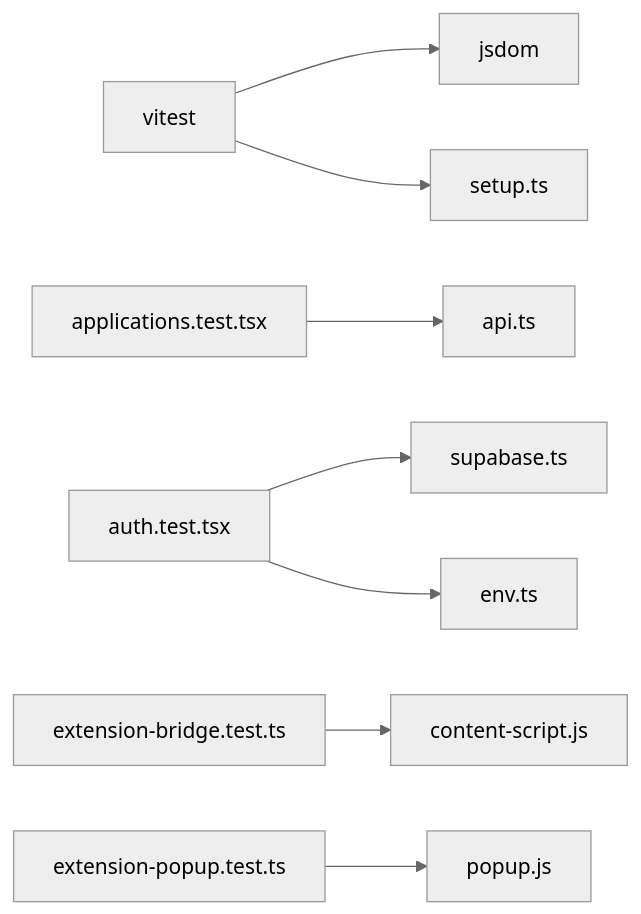
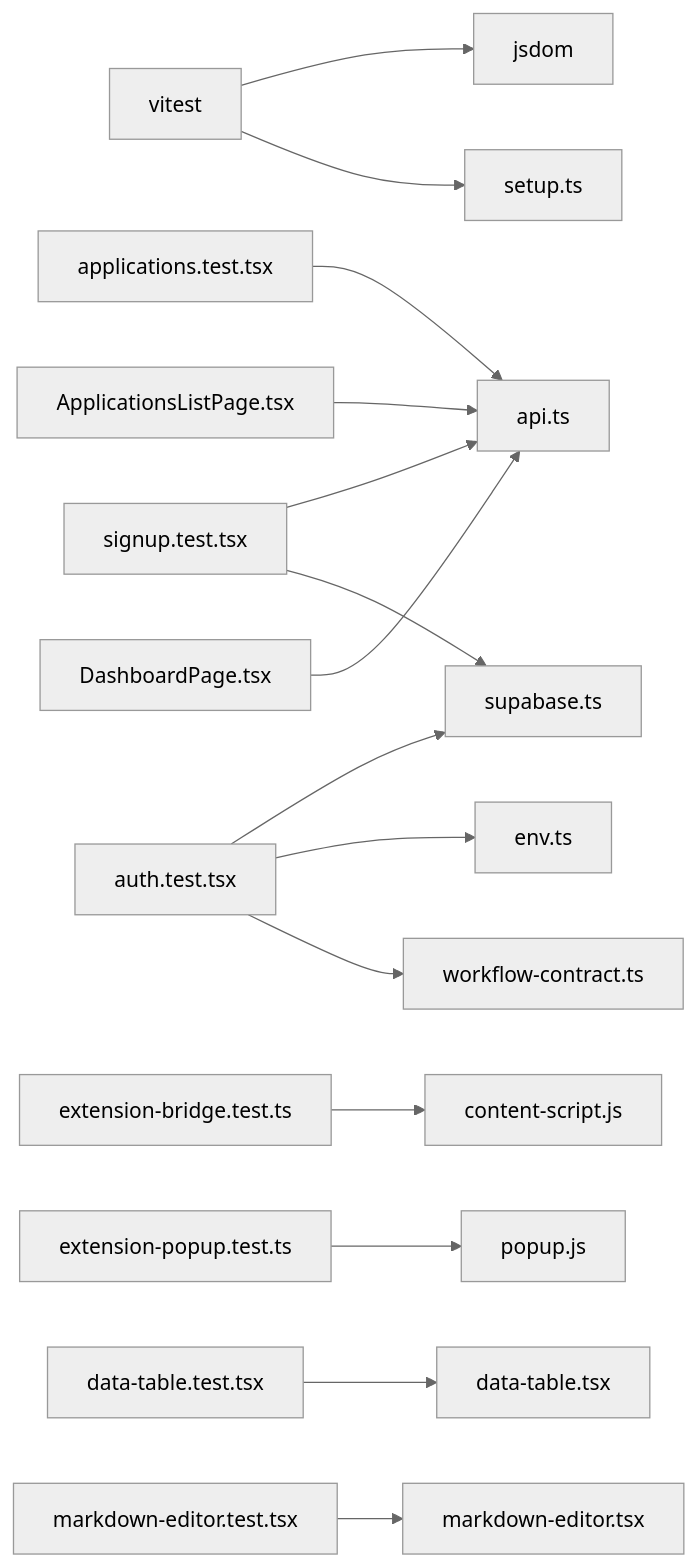
Before and after one commit to sankaL/resume-app: the sixth of 6 diagrams in .qoder/repowiki/en/content/Testing Strategy/Frontend Testing.md, drawn with Mermaid (neutral theme). The commit also changed other lines of this file and 11 other files, not shown here.

````diff
--- a/.qoder/repowiki/en/content/Testing Strategy/Frontend Testing.md
+++ b/.qoder/repowiki/en/content/Testing Strategy/Frontend Testing.md
@@ -371,10 +513,17 @@
 ```mermaid
 graph LR
 vitest["vitest"] --> jsdom["jsdom"]
 vitest --> setup["setup.ts"]
 appsTests["applications.test.tsx"] --> api["api.ts"]
 authTests["auth.test.tsx"] --> supabase["supabase.ts"]
 authTests --> env["env.ts"]
+authTests --> workflowContract["workflow-contract.ts"]
+signupTests["signup.test.tsx"] --> api
+signupTests --> supabase
+appsListTests["ApplicationsListPage.tsx"] --> api
+dashboardTests["DashboardPage.tsx"] --> api
 extBridgeTests["extension-bridge.test.ts"] --> contentScript["content-script.js"]
 extPopupTests["extension-popup.test.ts"] --> popup["popup.js"]
+dataTableTests["data-table.test.tsx"] --> dataTable["data-table.tsx"]
+markdownEditorTests["markdown-editor.test.tsx"] --> markdownEditor["markdown-editor.tsx"]
 ```
````
